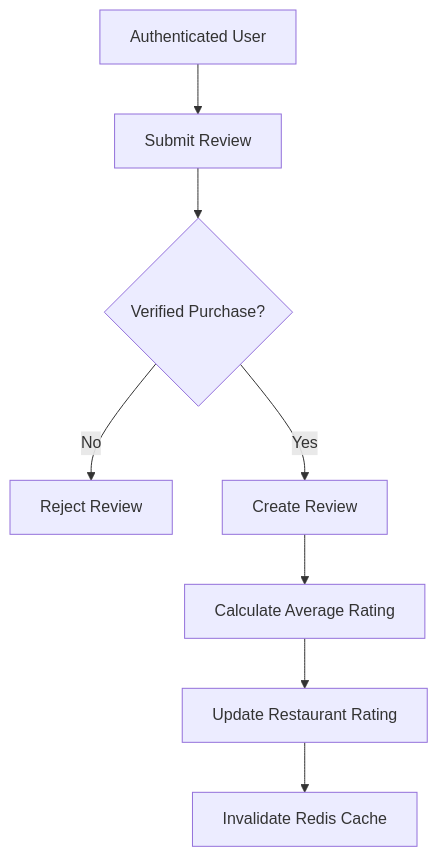
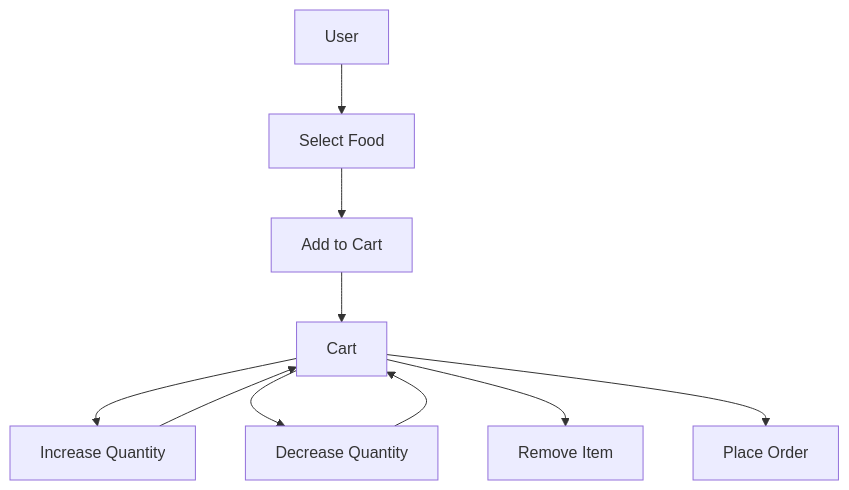
The sixth of 9 diagrams in README.md (SathvikHegade/food_delivary_backend), drawn with Mermaid before and after one commit. The commit also changed other lines of this file and 7 other files, not shown here.

````diff
--- a/README.md
+++ b/README.md
@@ -326,12 +347,16 @@
 ```mermaid
 flowchart TD
-    A["Authenticated User"] --> B["Submit Review"]
-    B --> C{"Verified Purchase?"}
+    A["User"] --> B["Select Food"]
+    B --> C["Add to Cart"]
 
-    C -->|No| D["Reject Review"]
-    C -->|Yes| E["Create Review"]
+    C --> D["Cart"]
 
-    E --> F["Calculate Average Rating"]
-    F --> G["Update Restaurant Rating"]
-    G --> H["Invalidate Redis Cache"]
+    D --> E["Increase Quantity"]
+    D --> F["Decrease Quantity"]
+    D --> G["Remove Item"]
+
+    E --> D
+    F --> D
+
+    D --> H["Place Order"]
 ```
````
